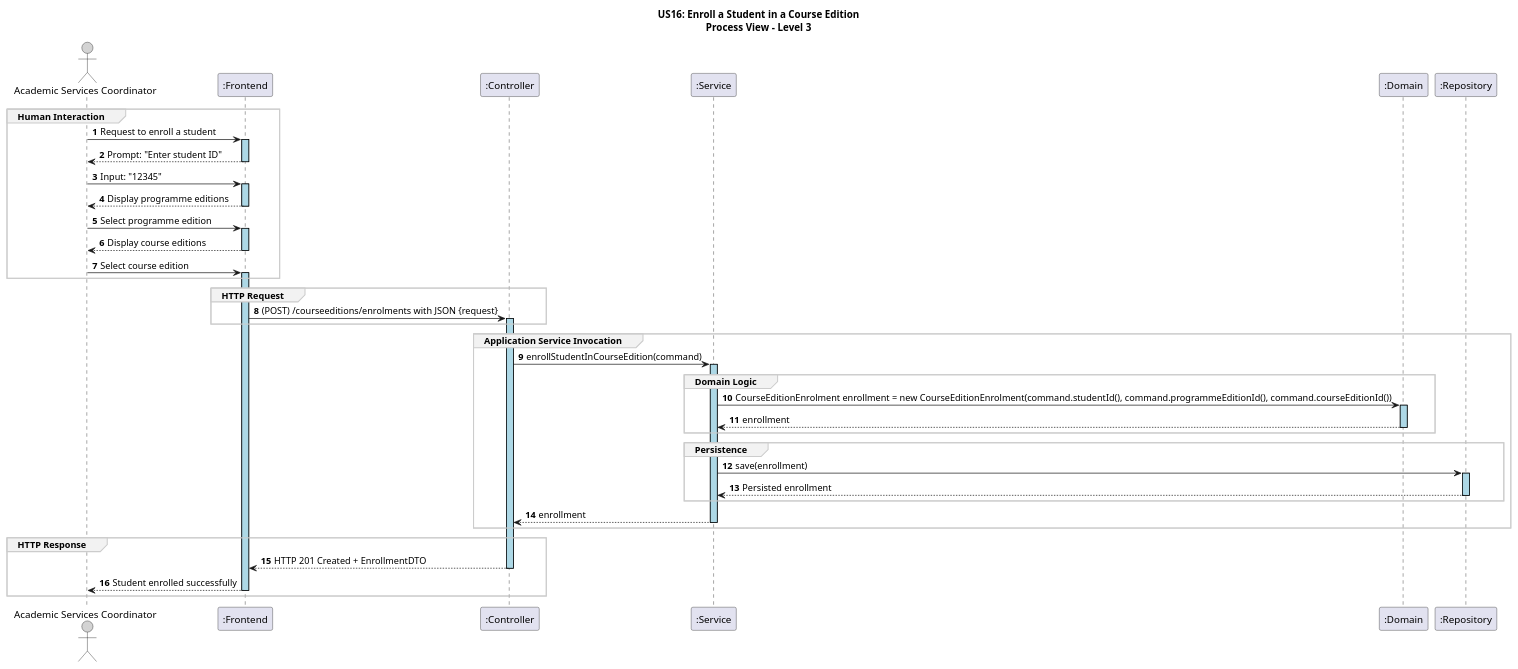
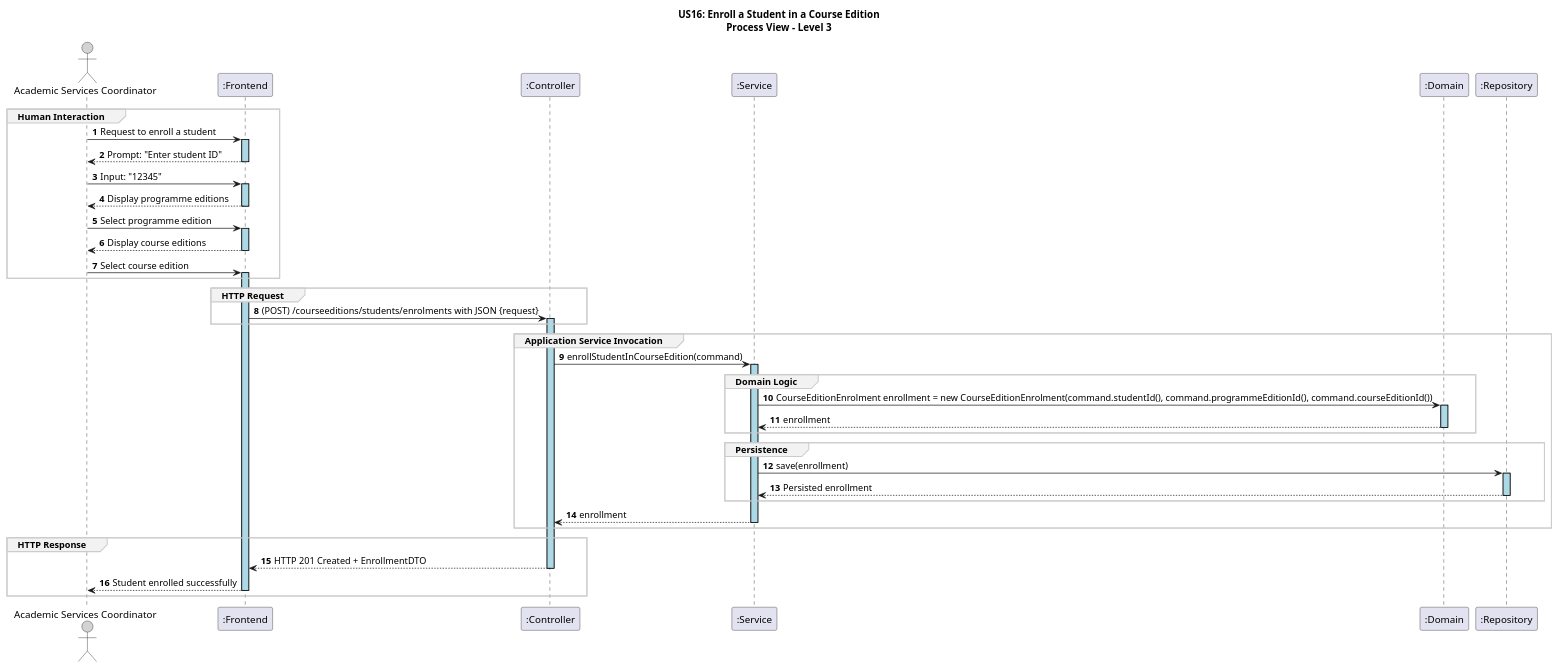
Before and after one commit to GasparISEP/DevOps-PAI: the diagram in docs/US16/sprint6_RestController/process_view/Level3.puml, drawn with PlantUML. The commit also changed 6 other files, not shown here.

Commit message:
refactor: update sequence diagrams for student enrollment process. Change terminology for clarity, adjust HTTP request paths, and enhance visual consistency across diagrams. Remove obsolete Level 6 diagram. refs #589 #500

```diff
--- a/docs/US16/sprint6_RestController/process_view/Level3.puml
+++ b/docs/US16/sprint6_RestController/process_view/Level3.puml
@@ -1,57 +1,57 @@
 @startuml
 autonumber
 
 skinparam sequence {
     LifelineBorderColor black
     LifelineBackgroundColor LightBlue
     ActorBorderColor black
     ActorBackgroundColor LightGray
     GroupBorderColor #cccccc
     GroupBackgroundColor #f2f2f2
 }
 
 title US16: Enroll a Student in a Course Edition\nProcess View – Level 3
 
 actor ASC as "Academic Services Coordinator"
 participant ":Frontend" as FE
 participant ":Controller" as CT
 participant ":Service" as SE
 participant ":Domain" as DM
 participant ":Repository" as RE
 
 group Human Interaction
 ASC -> FE ++: Request to enroll a student
 FE --> ASC --: Prompt: "Enter student ID"
 ASC -> FE ++: Input: "12345"
 FE --> ASC --: Display programme editions
 ASC -> FE ++: Select programme edition
 FE --> ASC --: Display course editions
 ASC -> FE ++: Select course edition
 end group
 
 group HTTP Request
-FE -> CT ++: (POST) /courseeditions/enrolments with JSON {request}
+FE -> CT ++: (POST) /courseeditions/students/enrolments with JSON {request}
 end group
 
 group Application Service Invocation
 CT -> SE ++: enrollStudentInCourseEdition(command)
 
 group Domain Logic
 SE -> DM ++: CourseEditionEnrolment enrollment = new CourseEditionEnrolment(command.studentId(), command.programmeEditionId(), command.courseEditionId())
 DM --> SE --: enrollment
 end group
 
 group Persistence
 SE -> RE ++: save(enrollment)
 RE --> SE --: Persisted enrollment
 end group
 
 SE --> CT --: enrollment
 end group
 
 group HTTP Response
 CT --> FE --: HTTP 201 Created + EnrollmentDTO
 FE --> ASC --: Student enrolled successfully
 end group
 
 @enduml
```
